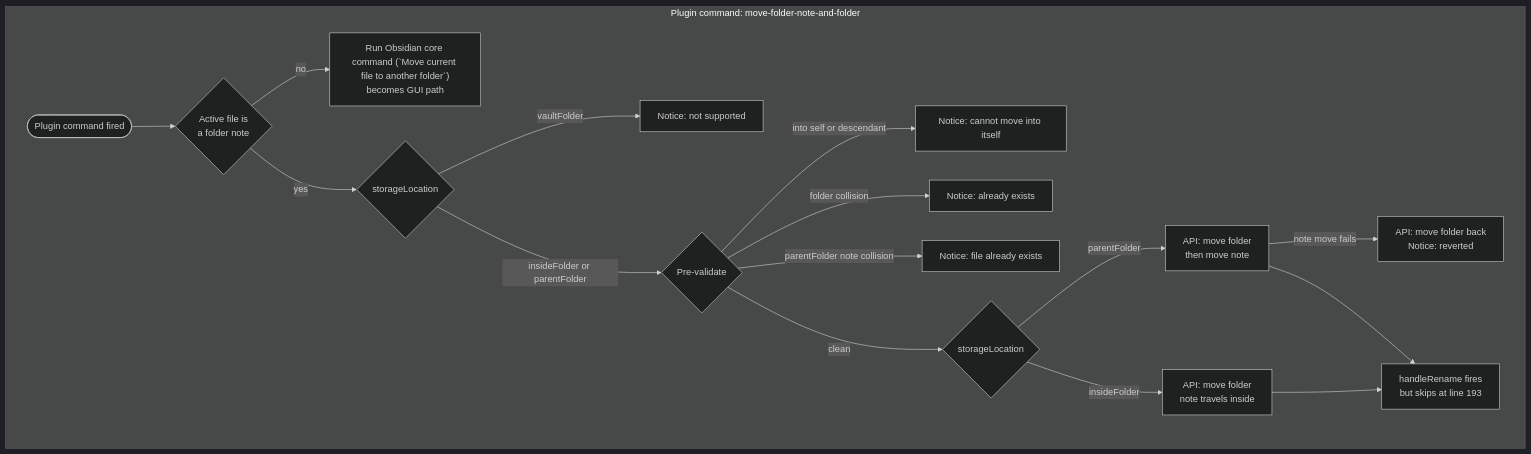
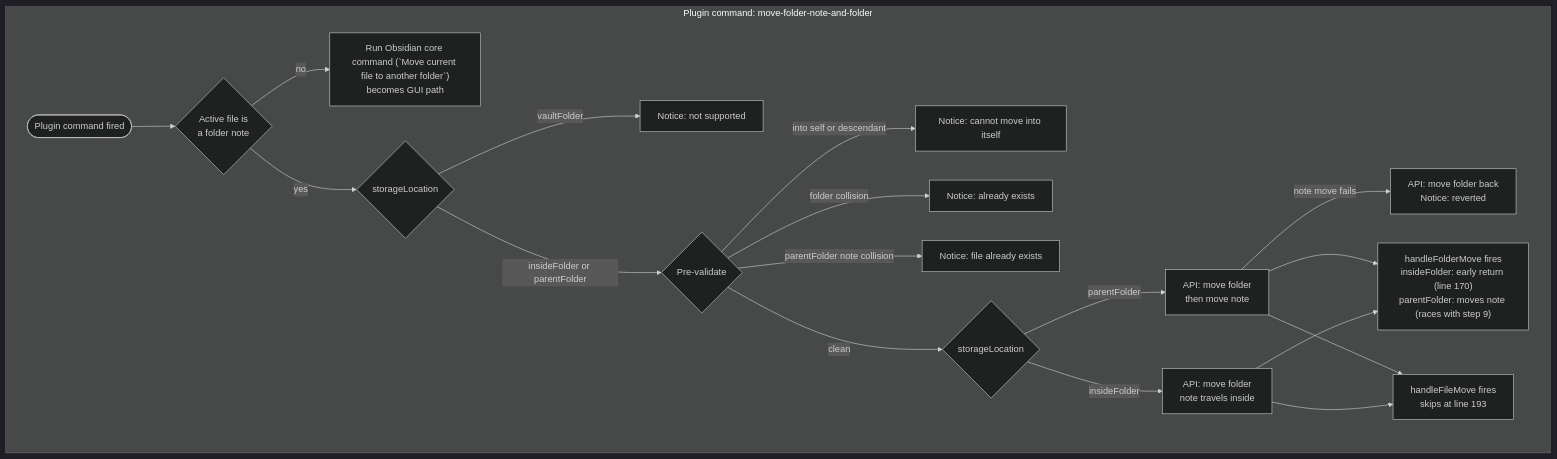
The second of 3 diagrams in src/events/handleRename.md (hollowhemlock/obsidian-folder-notes), drawn with Mermaid (dark theme) before and after one commit. The commit also changed other lines of this file, not shown here.

Commit message:
docs: document guard scope gaps, concurrency model, and known bugs in handleRename

````diff
--- a/src/events/handleRename.md
+++ b/src/events/handleRename.md
@@ -107,22 +107,24 @@
 ```mermaid
 graph TD
     subgraph command ["Plugin command: move-folder-note-and-folder"]
         HK_START([Plugin command fired]) --> HK_FILE{Active file is<br>a folder note}
         HK_FILE -->|no| HK_FALLBACK["Run Obsidian core command (`Move current file to another folder`)<br>becomes GUI path"]
         HK_FILE -->|yes| HK_STORE{storageLocation}
         HK_STORE -->|vaultFolder| HK_UNSUP["Notice: not supported"]
         HK_STORE -->|insideFolder or parentFolder| HK_VAL{Pre-validate}
 
         HK_VAL -->|into self or descendant| HK_SELF["Notice: cannot move into itself"]
         HK_VAL -->|folder collision| HK_COLL["Notice: already exists"]
         HK_VAL -->|parentFolder note collision| HK_NCOLL["Notice: file already exists"]
         HK_VAL -->|clean| HK_EXEC{storageLocation}
 
         HK_EXEC -->|insideFolder| HK_INF["API: move folder<br>note travels inside"]
         HK_EXEC -->|parentFolder| HK_PAR["API: move folder<br>then move note"]
         HK_PAR -->|note move fails| HK_ROLL["API: move folder back<br>Notice: reverted"]
 
-        HK_INF --> HK_GUARD["handleRename fires<br>but skips at line 193"]
-        HK_PAR --> HK_GUARD
+        HK_INF --> HK_GUARD_F["handleFolderMove fires<br>insideFolder: early return (line 170)<br>parentFolder: moves note (races with step 9)"]
+        HK_PAR --> HK_GUARD_F
+        HK_INF --> HK_GUARD_N["handleFileMove fires<br>skips at line 193"]
+        HK_PAR --> HK_GUARD_N
     end
 ```
````
